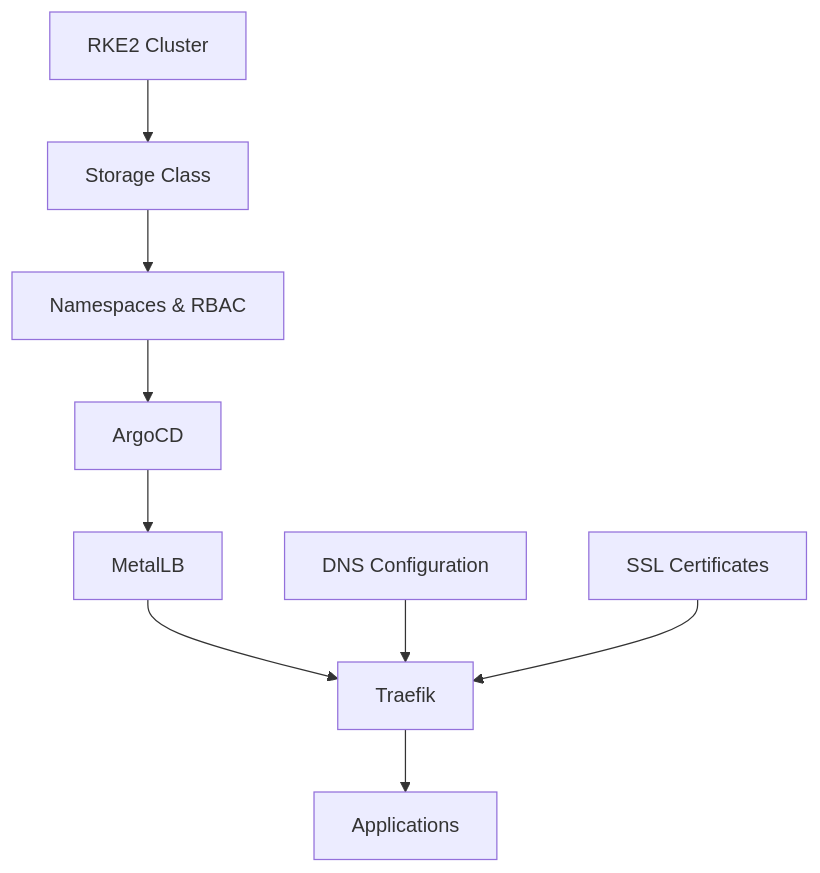
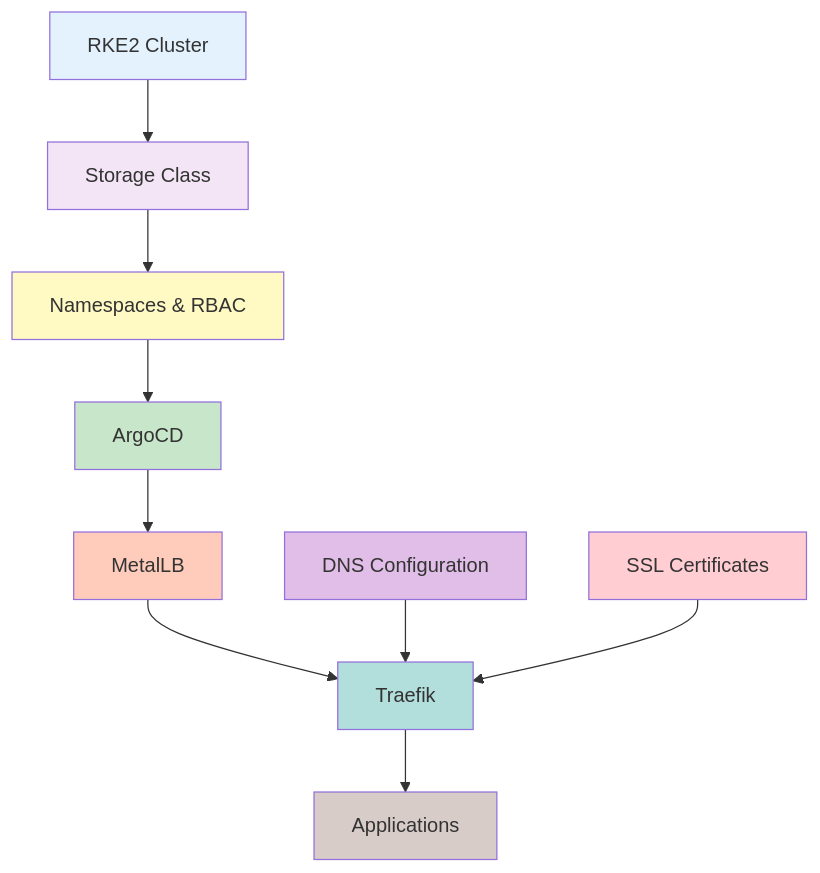
One commit to sprevacomm/homelab2 changed the second of 2 diagrams in gitops/infra/INSTALLATION_SEQUENCE.md. Above: the diagram before and after it, drawn with Mermaid. The commit also changed other lines of this file and 4 other files, not shown here.

First line of the commit message:
Convert all ASCII diagrams to Mermaid format

````diff
--- a/gitops/infra/INSTALLATION_SEQUENCE.md
+++ b/gitops/infra/INSTALLATION_SEQUENCE.md
@@ -237,12 +239,22 @@
 ```mermaid
 graph TD
     A[RKE2 Cluster] --> B[Storage Class]
     B --> C[Namespaces & RBAC]
     C --> D[ArgoCD]
     D --> E[MetalLB]
     E --> F[Traefik]
     F --> G[Applications]
     
     H[DNS Configuration] --> F
     I[SSL Certificates] --> F
+    
+    style A fill:#e3f2fd
+    style B fill:#f3e5f5
+    style C fill:#fff9c4
+    style D fill:#c8e6c9
+    style E fill:#ffccbc
+    style F fill:#b2dfdb
+    style G fill:#d7ccc8
+    style H fill:#e1bee7
+    style I fill:#ffcdd2
 ```
````
